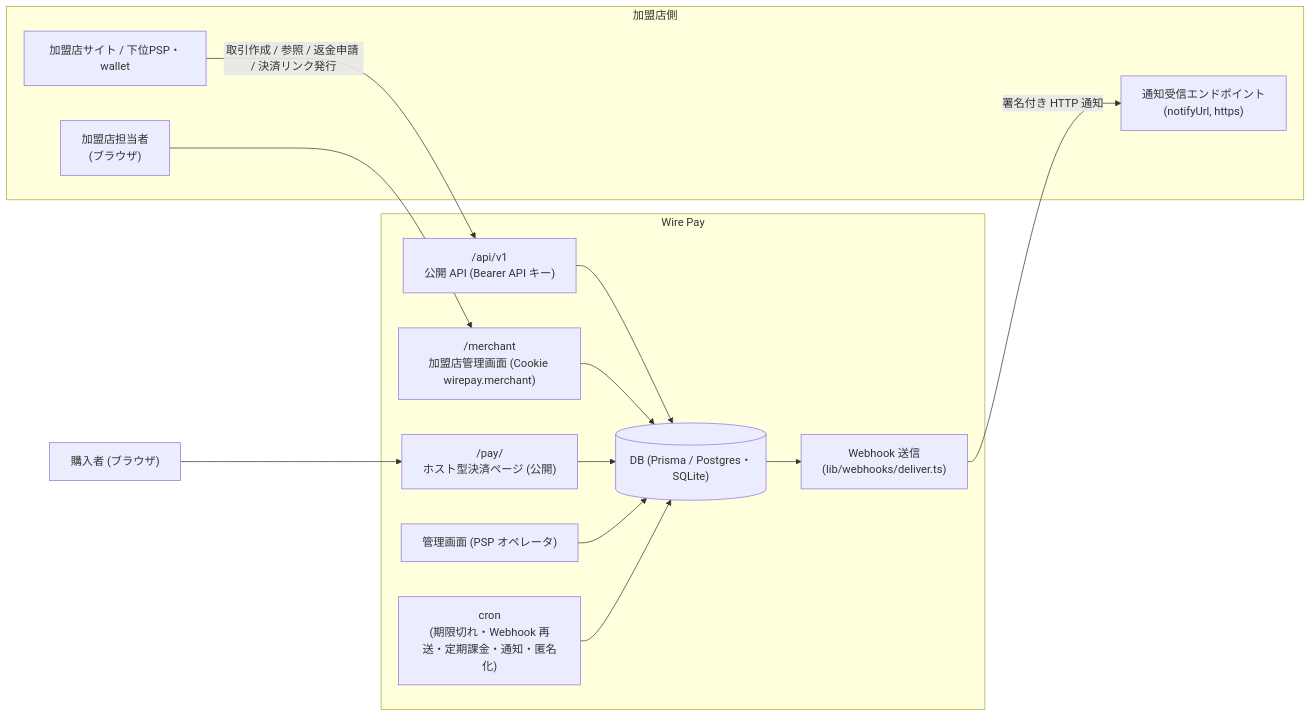
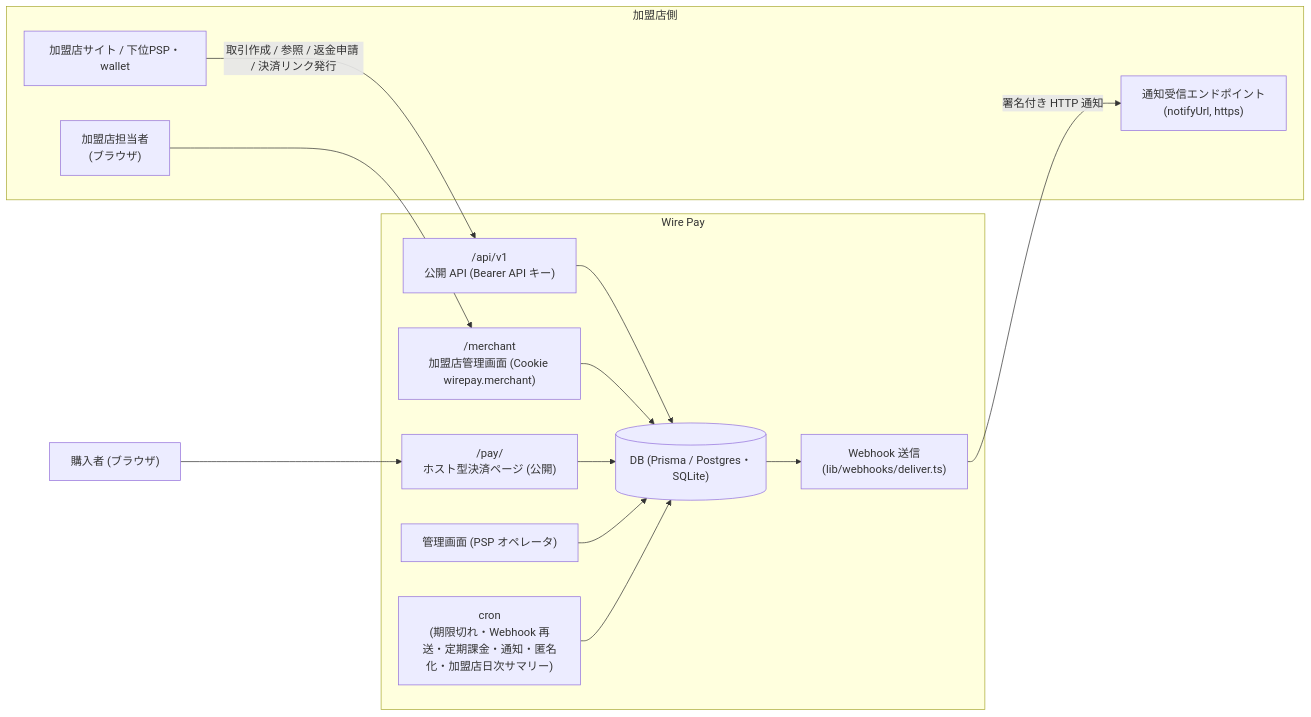
Before and after one commit to Atsushi-Odajima/Payment-management: the first of 11 diagrams in docs/spec/ja/A-merchant-integration-spec.md, drawn with Mermaid. The commit also changed other lines of this file and 26 other files, not shown here.

````diff
--- a/docs/spec/ja/A-merchant-integration-spec.md
+++ b/docs/spec/ja/A-merchant-integration-spec.md
@@ -69,28 +72,28 @@
 ```mermaid
 flowchart LR
   subgraph Merchant["加盟店側"]
     Shop["加盟店サイト / 下位PSP・wallet"]
     Recv["通知受信エンドポイント<br/>(notifyUrl, https)"]
     Portal["加盟店担当者<br/>(ブラウザ)"]
   end
   subgraph WirePay["Wire Pay"]
     API["/api/v1<br/>公開 API (Bearer API キー)"]
     MP["/merchant<br/>加盟店管理画面 (Cookie wirepay.merchant)"]
     Pay["/pay/<token><br/>ホスト型決済ページ (公開)"]
     Admin["管理画面 (PSP オペレータ)"]
     DB[("DB (Prisma / Postgres・SQLite)")]
-    Cron["cron<br/>(期限切れ・Webhook 再送・定期課金・通知・匿名化)"]
+    Cron["cron<br/>(期限切れ・Webhook 再送・定期課金・通知・匿名化・加盟店日次サマリー)"]
     WH["Webhook 送信<br/>(lib/webhooks/deliver.ts)"]
   end
   Customer["購入者 (ブラウザ)"]
   Shop -->|"取引作成 / 参照 / 返金申請 / 決済リンク発行"| API
   Portal --> MP
   Customer --> Pay
   API --> DB
   MP --> DB
   Pay --> DB
   Admin --> DB
   Cron --> DB
   DB --> WH
   WH -->|"署名付き HTTP 通知"| Recv
 ```
````
